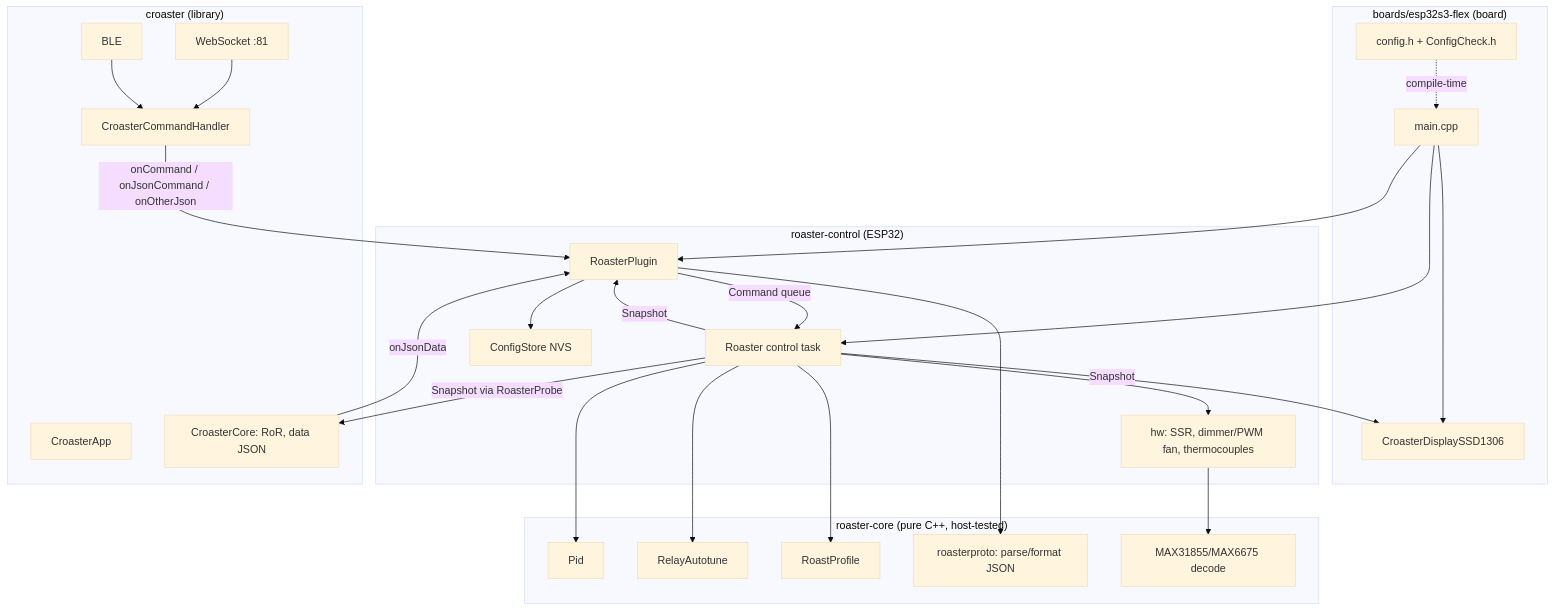
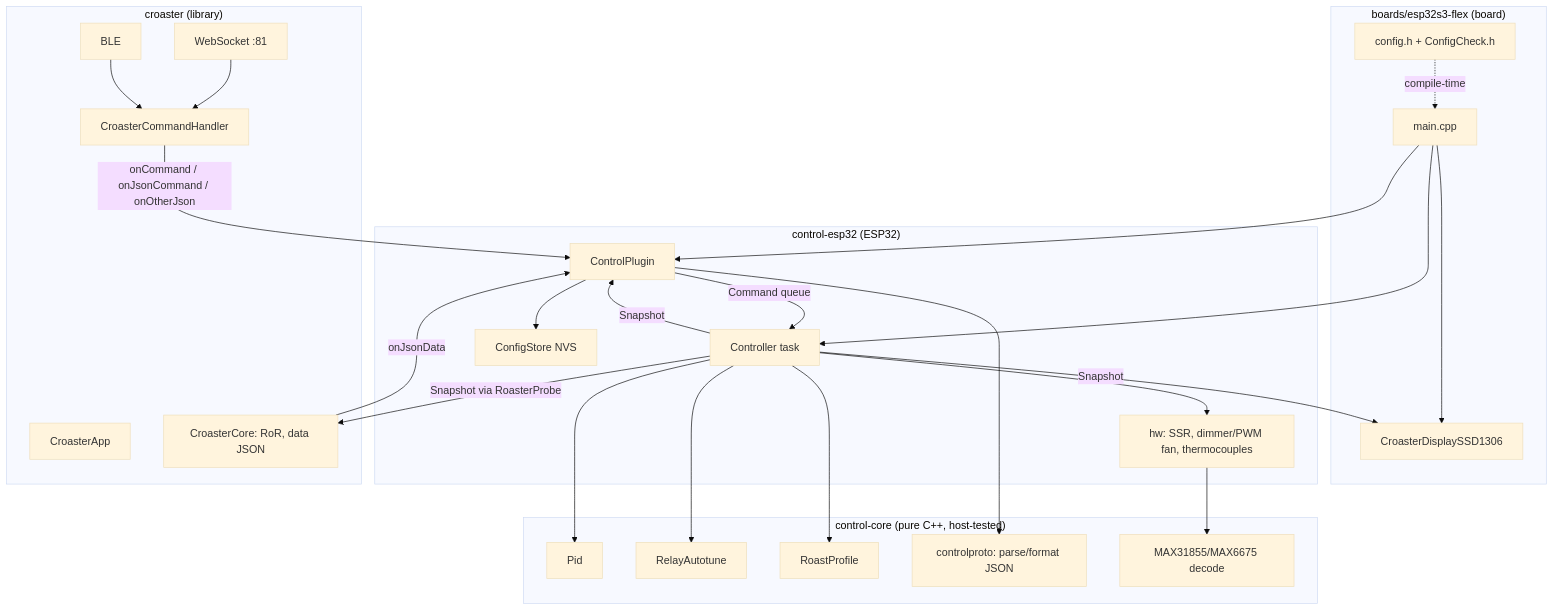
One commit to shawns1234/Croaster changed the diagram in docs/architecture.md. Above: the diagram before and after it, drawn with Mermaid (base theme). The commit also changed other lines of this file and 49 other files, not shown here.

First line of the commit message:
Rename roaster-named code to flex (board) and control (features)

````diff
--- a/docs/architecture.md
+++ b/docs/architecture.md
@@ -59,40 +59,40 @@
 ```mermaid
 flowchart TB
     subgraph board["boards/esp32s3-flex (board)"]
         CFG[config.h + ConfigCheck.h]
         MAIN[main.cpp]
         OLED[CroasterDisplaySSD1306]
     end
-    subgraph rc["roaster-control (ESP32)"]
-        PLUG[RoasterPlugin]
-        R[Roaster control task]
+    subgraph rc["control-esp32 (ESP32)"]
+        PLUG[ControlPlugin]
+        R[Controller task]
         HW[hw: SSR, dimmer/PWM fan, thermocouples]
         NVS[ConfigStore NVS]
     end
-    subgraph core["roaster-core (pure C++, host-tested)"]
+    subgraph core["control-core (pure C++, host-tested)"]
         PID[Pid]
         AT[RelayAutotune]
         PROF[RoastProfile]
-        PROTO[roasterproto: parse/format JSON]
+        PROTO[controlproto: parse/format JSON]
         DEC[MAX31855/MAX6675 decode]
     end
     subgraph cl["croaster (library)"]
         APP[CroasterApp]
         CMD[CroasterCommandHandler]
         CORE[CroasterCore: RoR, data JSON]
         WS[WebSocket :81]
         BLE[BLE]
     end
     MAIN --> PLUG & R & OLED
     CFG -.compile-time.-> MAIN
     WS & BLE --> CMD
     CMD -- onCommand / onJsonCommand / onOtherJson --> PLUG
     PLUG --> PROTO
     PLUG -- Command queue --> R
     R --> PID & AT & PROF & HW
     HW --> DEC
     R -- Snapshot --> PLUG & OLED
     R -- Snapshot via RoasterProbe --> CORE
     CORE -- onJsonData --> PLUG
     PLUG --> NVS
 ```
````
